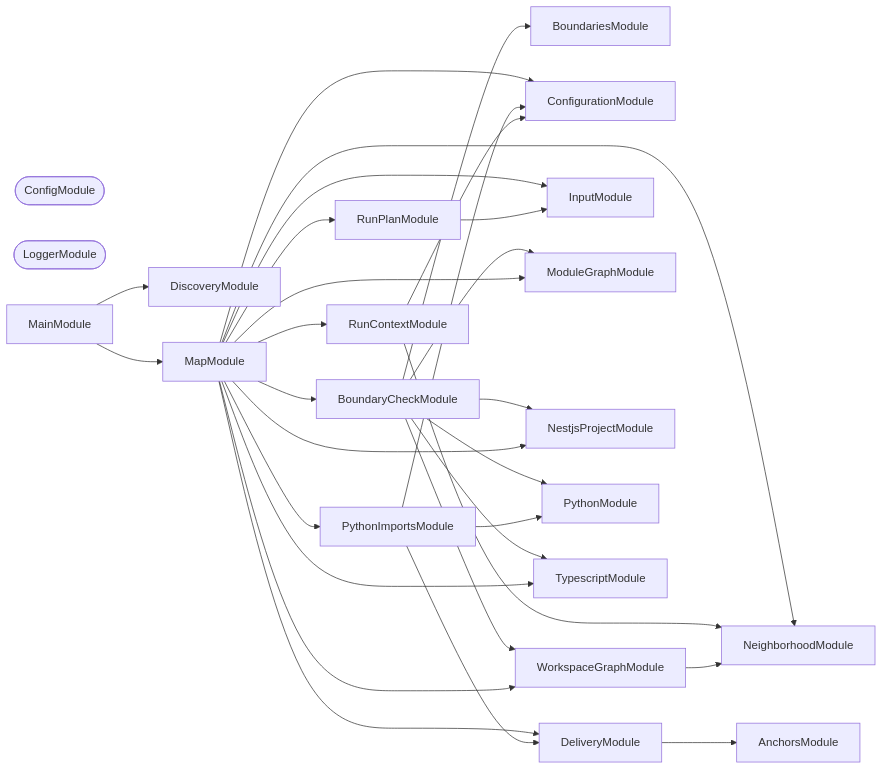
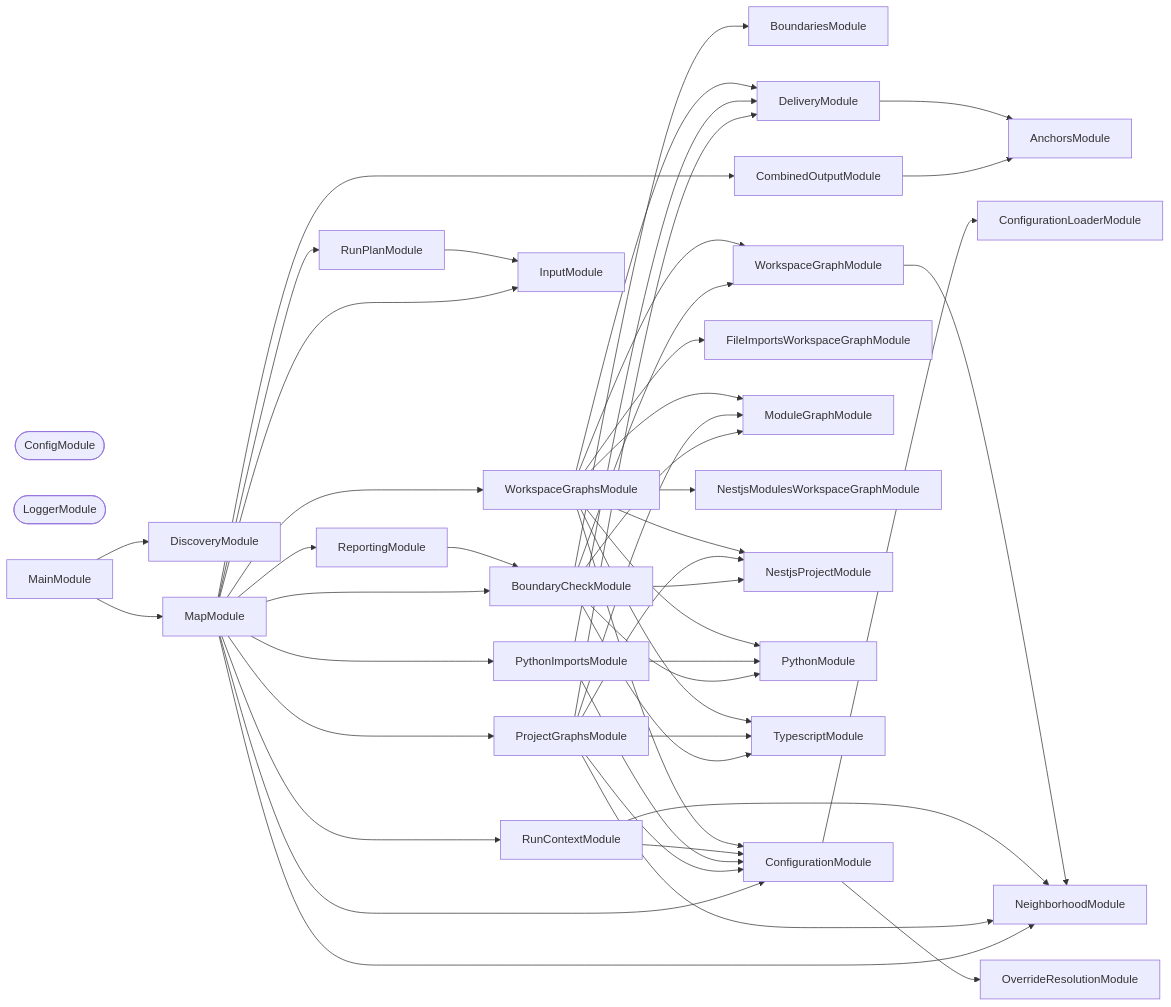
Before and after one commit to JimmyPaolini/codebase: the second of 3 diagrams in packages/codependix-cli/README.md, drawn with Mermaid. The commit also changed other lines of this file and 35 other files, not shown here.

````diff
--- a/packages/codependix-cli/README.md
+++ b/packages/codependix-cli/README.md
@@ -168,51 +181,77 @@
 ```mermaid
 flowchart LR
   AnchorsModule
   BoundariesModule
   BoundaryCheckModule
+  CombinedOutputModule
   ConfigModule([ConfigModule])
+  ConfigurationLoaderModule
   ConfigurationModule
   DeliveryModule
   DiscoveryModule
+  FileImportsWorkspaceGraphModule
   InputModule
   LoggerModule([LoggerModule])
   MainModule
   MapModule
   ModuleGraphModule
   NeighborhoodModule
+  NestjsModulesWorkspaceGraphModule
   NestjsProjectModule
+  OverrideResolutionModule
+  ProjectGraphsModule
   PythonImportsModule
   PythonModule
+  ReportingModule
   RunContextModule
   RunPlanModule
   TypescriptModule
   WorkspaceGraphModule
+  WorkspaceGraphsModule
   BoundaryCheckModule --> BoundariesModule
   BoundaryCheckModule --> ModuleGraphModule
   BoundaryCheckModule --> NestjsProjectModule
   BoundaryCheckModule --> PythonModule
   BoundaryCheckModule --> TypescriptModule
   BoundaryCheckModule --> WorkspaceGraphModule
+  CombinedOutputModule --> AnchorsModule
+  ConfigurationModule --> ConfigurationLoaderModule
+  ConfigurationModule --> OverrideResolutionModule
   DeliveryModule --> AnchorsModule
   MainModule --> DiscoveryModule
   MainModule --> MapModule
   MapModule --> BoundaryCheckModule
+  MapModule --> CombinedOutputModule
   MapModule --> ConfigurationModule
-  MapModule --> DeliveryModule
   MapModule --> InputModule
-  MapModule --> ModuleGraphModule
   MapModule --> NeighborhoodModule
-  MapModule --> NestjsProjectModule
+  MapModule --> ProjectGraphsModule
   MapModule --> PythonImportsModule
+  MapModule --> ReportingModule
   MapModule --> RunContextModule
   MapModule --> RunPlanModule
-  MapModule --> TypescriptModule
-  MapModule --> WorkspaceGraphModule
+  MapModule --> WorkspaceGraphsModule
+  ProjectGraphsModule --> ConfigurationModule
+  ProjectGraphsModule --> DeliveryModule
+  ProjectGraphsModule --> ModuleGraphModule
+  ProjectGraphsModule --> NeighborhoodModule
+  ProjectGraphsModule --> NestjsProjectModule
+  ProjectGraphsModule --> TypescriptModule
   PythonImportsModule --> ConfigurationModule
   PythonImportsModule --> DeliveryModule
   PythonImportsModule --> PythonModule
+  ReportingModule --> BoundaryCheckModule
   RunContextModule --> ConfigurationModule
   RunContextModule --> NeighborhoodModule
   RunPlanModule --> InputModule
   WorkspaceGraphModule --> NeighborhoodModule
+  WorkspaceGraphsModule --> ConfigurationModule
+  WorkspaceGraphsModule --> DeliveryModule
+  WorkspaceGraphsModule --> FileImportsWorkspaceGraphModule
+  WorkspaceGraphsModule --> ModuleGraphModule
+  WorkspaceGraphsModule --> NestjsModulesWorkspaceGraphModule
+  WorkspaceGraphsModule --> NestjsProjectModule
+  WorkspaceGraphsModule --> PythonModule
+  WorkspaceGraphsModule --> TypescriptModule
+  WorkspaceGraphsModule --> WorkspaceGraphModule
 ```
````
